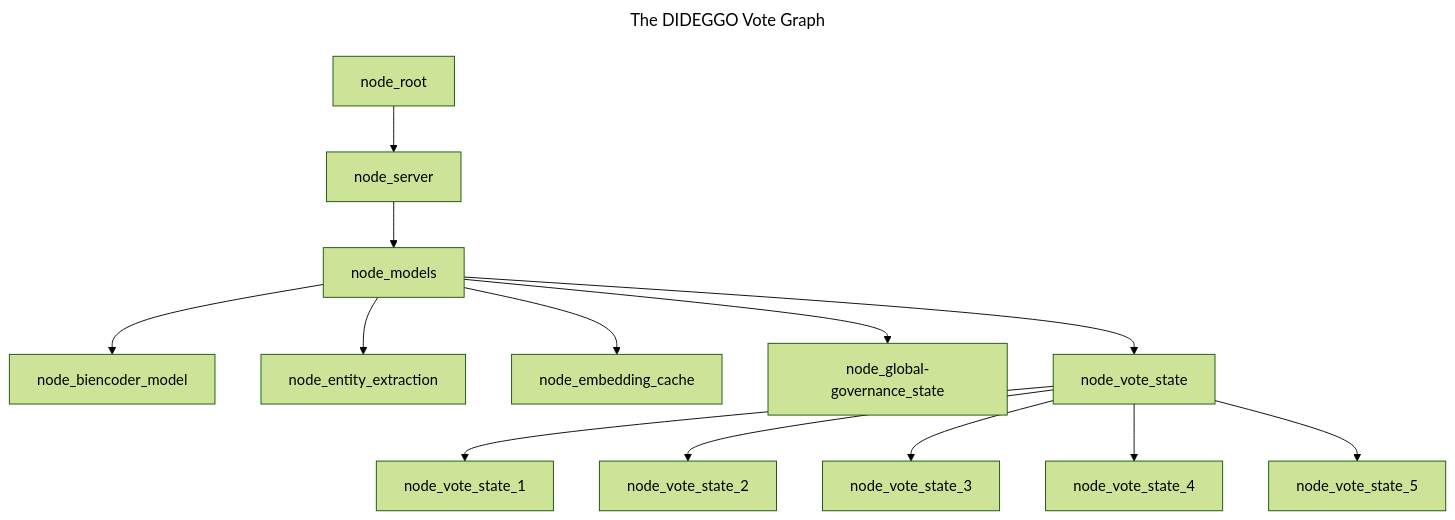
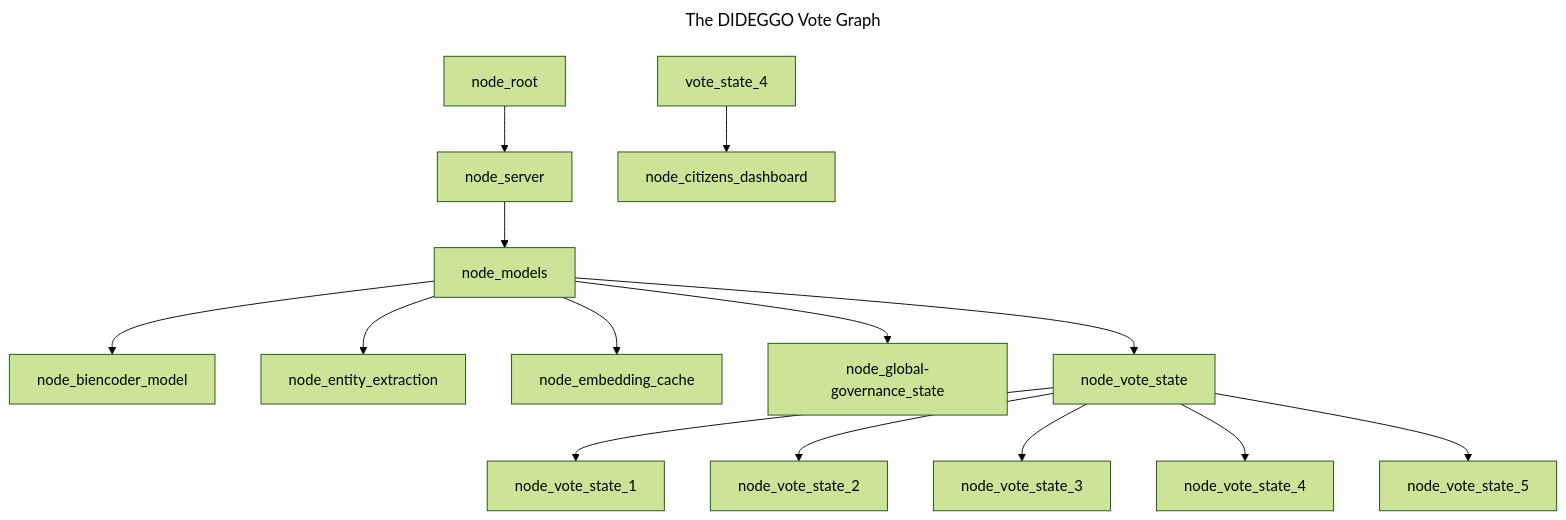
Before and after one commit to WrappedUsername/dideggo: the diagram in server/models/vote-state/vote-graph-jac.md, drawn with Mermaid (forest theme). The commit also changed other lines of this file, not shown here.

Commit message:
Configuring files - Keefe

````diff
--- a/server/models/vote-state/vote-graph-jac.md
+++ b/server/models/vote-state/vote-graph-jac.md
@@ -5,18 +5,19 @@
 ```mermaid
 ---
 title: The DIDEGGO Vote Graph
 ---
 graph TD;
     node_root-->node_server
     node_server-->node_models
     node_models-->node_biencoder_model
     node_models-->node_entity_extraction
     node_models-->node_embedding_cache
     node_models-->node_global-governance_state
     node_models-->node_vote_state
     node_vote_state-->node_vote_state_1
     node_vote_state-->node_vote_state_2
     node_vote_state-->node_vote_state_3
     node_vote_state-->node_vote_state_4
     node_vote_state-->node_vote_state_5
+    vote_state_4-->node_citizens_dashboard
 ```
````
